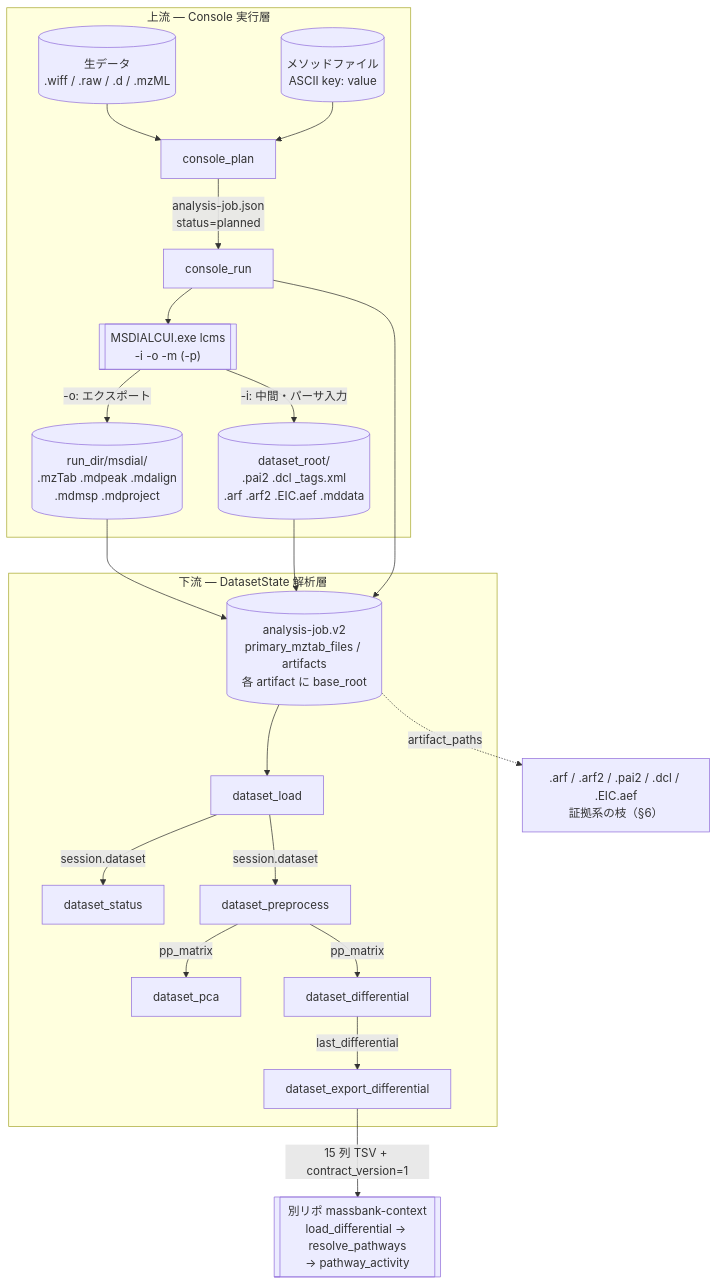
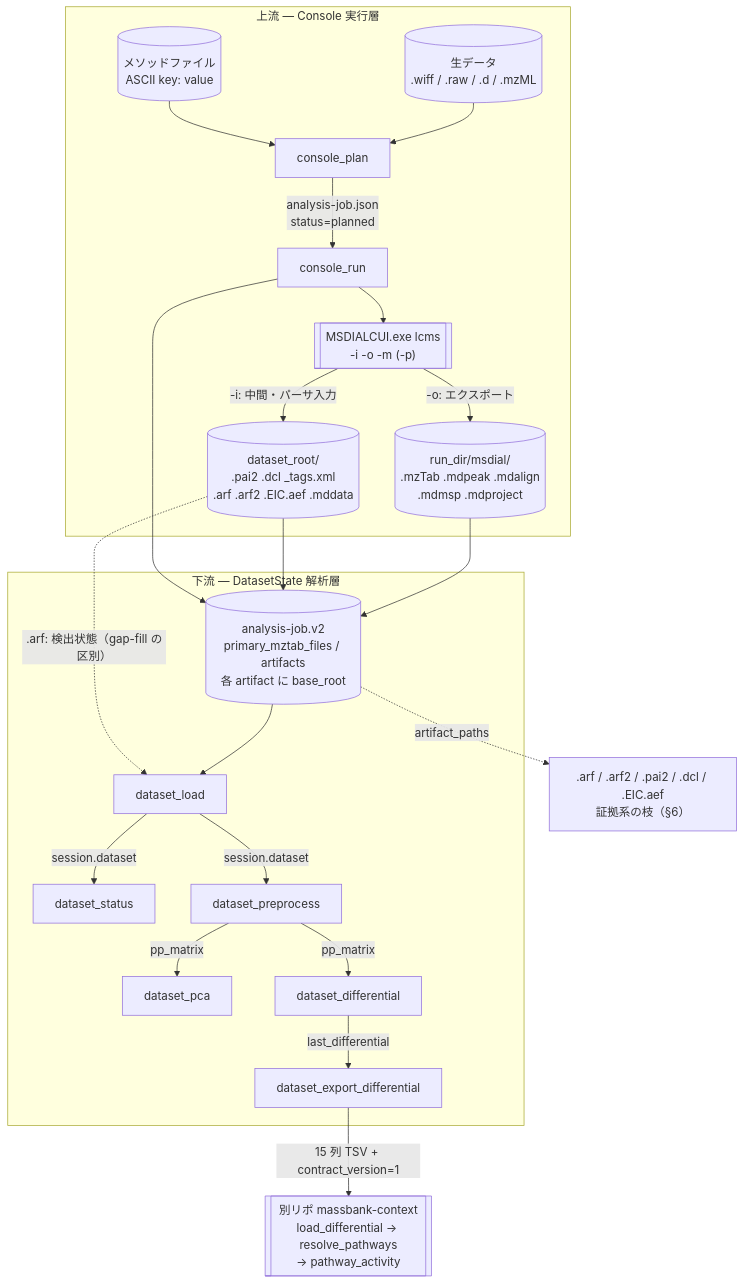
The diagram in docs/superpowers/specs/2026-09-03-end-to-end-pipeline-design.md (systemsomicslab/Lipidmix_with_LLM), drawn with Mermaid before and after one commit. The commit also changed other lines of this file and 1 other file, not shown here.

First line of the commit message:
docs: 一気通貫文書を実装に追従させ、arf.md の連鎖の誤りを是正する

````diff
--- a/docs/superpowers/specs/2026-09-03-end-to-end-pipeline-design.md
+++ b/docs/superpowers/specs/2026-09-03-end-to-end-pipeline-design.md
@@ -56,40 +56,41 @@
 ```mermaid
 flowchart TD
     subgraph UP["上流 — Console 実行層"]
         RAW[("生データ<br/>.wiff / .raw / .d / .mzML")]
         MF[("メソッドファイル<br/>ASCII key: value")]
         PLAN[console_plan]
         RUN[console_run]
         MSDIAL[["MSDIALCUI.exe lcms<br/>-i -o -m (-p)"]]
         RAW --> PLAN
         MF --> PLAN
         PLAN -->|analysis-job.json<br/>status=planned| RUN
         RUN --> MSDIAL
         MSDIAL -->|"-o: エクスポート"| OUTDIR[("run_dir/msdial/<br/>.mzTab .mdpeak .mdalign<br/>.mdmsp .mdproject")]
         MSDIAL -->|"-i: 中間・パーサ入力"| INDIR[("dataset_root/<br/>.pai2 .dcl _tags.xml<br/>.arf .arf2 .EIC.aef .mddata")]
     end
 
     JOB[("analysis-job.v2<br/>primary_mztab_files / artifacts<br/>各 artifact に base_root")]
     OUTDIR --> JOB
     INDIR --> JOB
     RUN --> JOB
 
     subgraph DOWN["下流 — DatasetState 解析層"]
         LOAD[dataset_load]
         STATUS[dataset_status]
         PP[dataset_preprocess]
         PCA[dataset_pca]
         DIFF[dataset_differential]
         EXP[dataset_export_differential]
         JOB --> LOAD
         LOAD -->|session.dataset| STATUS
         LOAD -->|session.dataset| PP
         PP -->|pp_matrix| PCA
         PP -->|pp_matrix| DIFF
         DIFF -->|last_differential| EXP
     end
 
     EXP -->|"15 列 TSV + contract_version=1"| MB[["別リポ massbank-context<br/>load_differential → resolve_pathways<br/>→ pathway_activity"]]
 
     JOB -.->|artifact_paths| BRANCH[".arf / .arf2 / .pai2 / .dcl / .EIC.aef<br/>証拠系の枝（§6）"]
+    INDIR -.->|".arf: 検出状態（gap-fill の区別）"| LOAD
 ```
````
